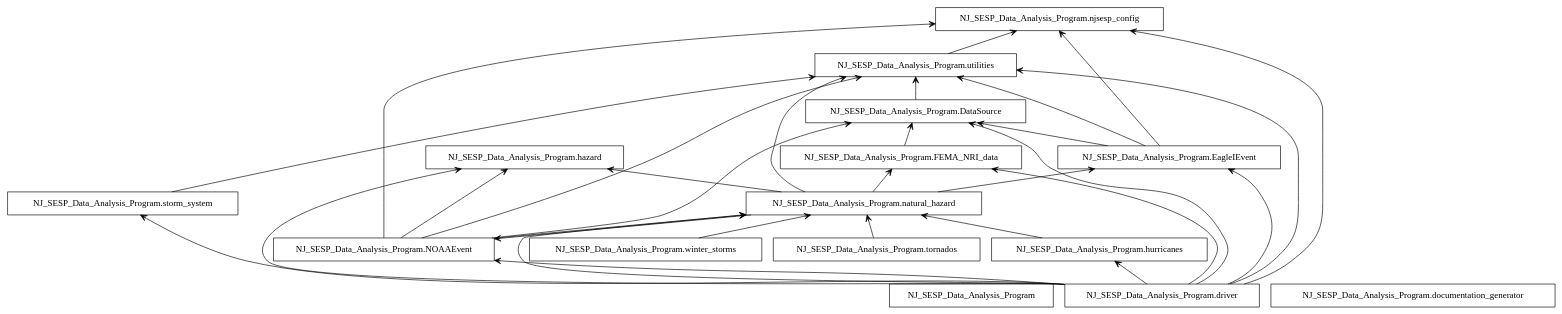
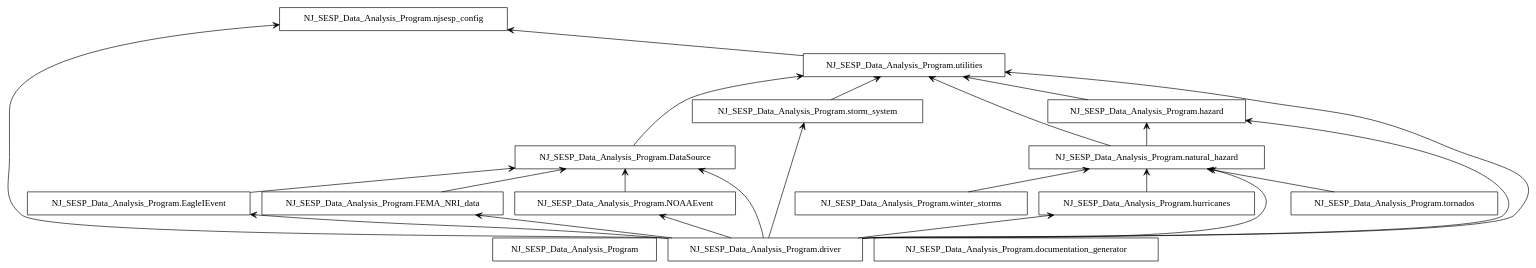
Before and after one commit to laureneckert/NJ_SESP_Data_Analysis_Program: the diagram in documentation/packages_NJSESP.dot, drawn with Graphviz. The commit also changed 11 other files, not shown here.

```diff
--- a/documentation/packages_NJSESP.dot
+++ b/documentation/packages_NJSESP.dot
@@ -1,49 +1,41 @@
 digraph "packages_NJSESP" {
 rankdir=BT
 charset="utf-8"
 "NJ_SESP_Data_Analysis_Program" [color="black", label=<NJ_SESP_Data_Analysis_Program>, shape="box", style="solid"];
 "NJ_SESP_Data_Analysis_Program.DataSource" [color="black", label=<NJ_SESP_Data_Analysis_Program.DataSource>, shape="box", style="solid"];
 "NJ_SESP_Data_Analysis_Program.EagleIEvent" [color="black", label=<NJ_SESP_Data_Analysis_Program.EagleIEvent>, shape="box", style="solid"];
 "NJ_SESP_Data_Analysis_Program.FEMA_NRI_data" [color="black", label=<NJ_SESP_Data_Analysis_Program.FEMA_NRI_data>, shape="box", style="solid"];
 "NJ_SESP_Data_Analysis_Program.NOAAEvent" [color="black", label=<NJ_SESP_Data_Analysis_Program.NOAAEvent>, shape="box", style="solid"];
 "NJ_SESP_Data_Analysis_Program.documentation_generator" [color="black", label=<NJ_SESP_Data_Analysis_Program.documentation_generator>, shape="box", style="solid"];
 "NJ_SESP_Data_Analysis_Program.driver" [color="black", label=<NJ_SESP_Data_Analysis_Program.driver>, shape="box", style="solid"];
 "NJ_SESP_Data_Analysis_Program.hazard" [color="black", label=<NJ_SESP_Data_Analysis_Program.hazard>, shape="box", style="solid"];
 "NJ_SESP_Data_Analysis_Program.hurricanes" [color="black", label=<NJ_SESP_Data_Analysis_Program.hurricanes>, shape="box", style="solid"];
 "NJ_SESP_Data_Analysis_Program.natural_hazard" [color="black", label=<NJ_SESP_Data_Analysis_Program.natural_hazard>, shape="box", style="solid"];
 "NJ_SESP_Data_Analysis_Program.njsesp_config" [color="black", label=<NJ_SESP_Data_Analysis_Program.njsesp_config>, shape="box", style="solid"];
 "NJ_SESP_Data_Analysis_Program.storm_system" [color="black", label=<NJ_SESP_Data_Analysis_Program.storm_system>, shape="box", style="solid"];
 "NJ_SESP_Data_Analysis_Program.tornados" [color="black", label=<NJ_SESP_Data_Analysis_Program.tornados>, shape="box", style="solid"];
 "NJ_SESP_Data_Analysis_Program.utilities" [color="black", label=<NJ_SESP_Data_Analysis_Program.utilities>, shape="box", style="solid"];
 "NJ_SESP_Data_Analysis_Program.winter_storms" [color="black", label=<NJ_SESP_Data_Analysis_Program.winter_storms>, shape="box", style="solid"];
 "NJ_SESP_Data_Analysis_Program.DataSource" -> "NJ_SESP_Data_Analysis_Program.utilities" [arrowhead="open", arrowtail="none"];
 "NJ_SESP_Data_Analysis_Program.EagleIEvent" -> "NJ_SESP_Data_Analysis_Program.DataSource" [arrowhead="open", arrowtail="none"];
-"NJ_SESP_Data_Analysis_Program.EagleIEvent" -> "NJ_SESP_Data_Analysis_Program.njsesp_config" [arrowhead="open", arrowtail="none"];
-"NJ_SESP_Data_Analysis_Program.EagleIEvent" -> "NJ_SESP_Data_Analysis_Program.utilities" [arrowhead="open", arrowtail="none"];
 "NJ_SESP_Data_Analysis_Program.FEMA_NRI_data" -> "NJ_SESP_Data_Analysis_Program.DataSource" [arrowhead="open", arrowtail="none"];
 "NJ_SESP_Data_Analysis_Program.NOAAEvent" -> "NJ_SESP_Data_Analysis_Program.DataSource" [arrowhead="open", arrowtail="none"];
-"NJ_SESP_Data_Analysis_Program.NOAAEvent" -> "NJ_SESP_Data_Analysis_Program.hazard" [arrowhead="open", arrowtail="none"];
-"NJ_SESP_Data_Analysis_Program.NOAAEvent" -> "NJ_SESP_Data_Analysis_Program.natural_hazard" [arrowhead="open", arrowtail="none"];
-"NJ_SESP_Data_Analysis_Program.NOAAEvent" -> "NJ_SESP_Data_Analysis_Program.njsesp_config" [arrowhead="open", arrowtail="none"];
-"NJ_SESP_Data_Analysis_Program.NOAAEvent" -> "NJ_SESP_Data_Analysis_Program.utilities" [arrowhead="open", arrowtail="none"];
 "NJ_SESP_Data_Analysis_Program.driver" -> "NJ_SESP_Data_Analysis_Program.DataSource" [arrowhead="open", arrowtail="none"];
 "NJ_SESP_Data_Analysis_Program.driver" -> "NJ_SESP_Data_Analysis_Program.EagleIEvent" [arrowhead="open", arrowtail="none"];
 "NJ_SESP_Data_Analysis_Program.driver" -> "NJ_SESP_Data_Analysis_Program.FEMA_NRI_data" [arrowhead="open", arrowtail="none"];
 "NJ_SESP_Data_Analysis_Program.driver" -> "NJ_SESP_Data_Analysis_Program.NOAAEvent" [arrowhead="open", arrowtail="none"];
 "NJ_SESP_Data_Analysis_Program.driver" -> "NJ_SESP_Data_Analysis_Program.hazard" [arrowhead="open", arrowtail="none"];
 "NJ_SESP_Data_Analysis_Program.driver" -> "NJ_SESP_Data_Analysis_Program.hurricanes" [arrowhead="open", arrowtail="none"];
 "NJ_SESP_Data_Analysis_Program.driver" -> "NJ_SESP_Data_Analysis_Program.natural_hazard" [arrowhead="open", arrowtail="none"];
 "NJ_SESP_Data_Analysis_Program.driver" -> "NJ_SESP_Data_Analysis_Program.njsesp_config" [arrowhead="open", arrowtail="none"];
 "NJ_SESP_Data_Analysis_Program.driver" -> "NJ_SESP_Data_Analysis_Program.storm_system" [arrowhead="open", arrowtail="none"];
 "NJ_SESP_Data_Analysis_Program.driver" -> "NJ_SESP_Data_Analysis_Program.utilities" [arrowhead="open", arrowtail="none"];
+"NJ_SESP_Data_Analysis_Program.hazard" -> "NJ_SESP_Data_Analysis_Program.utilities" [arrowhead="open", arrowtail="none"];
 "NJ_SESP_Data_Analysis_Program.hurricanes" -> "NJ_SESP_Data_Analysis_Program.natural_hazard" [arrowhead="open", arrowtail="none"];
-"NJ_SESP_Data_Analysis_Program.natural_hazard" -> "NJ_SESP_Data_Analysis_Program.EagleIEvent" [arrowhead="open", arrowtail="none"];
-"NJ_SESP_Data_Analysis_Program.natural_hazard" -> "NJ_SESP_Data_Analysis_Program.FEMA_NRI_data" [arrowhead="open", arrowtail="none"];
-"NJ_SESP_Data_Analysis_Program.natural_hazard" -> "NJ_SESP_Data_Analysis_Program.NOAAEvent" [arrowhead="open", arrowtail="none"];
 "NJ_SESP_Data_Analysis_Program.natural_hazard" -> "NJ_SESP_Data_Analysis_Program.hazard" [arrowhead="open", arrowtail="none"];
 "NJ_SESP_Data_Analysis_Program.natural_hazard" -> "NJ_SESP_Data_Analysis_Program.utilities" [arrowhead="open", arrowtail="none"];
 "NJ_SESP_Data_Analysis_Program.storm_system" -> "NJ_SESP_Data_Analysis_Program.utilities" [arrowhead="open", arrowtail="none"];
 "NJ_SESP_Data_Analysis_Program.tornados" -> "NJ_SESP_Data_Analysis_Program.natural_hazard" [arrowhead="open", arrowtail="none"];
 "NJ_SESP_Data_Analysis_Program.utilities" -> "NJ_SESP_Data_Analysis_Program.njsesp_config" [arrowhead="open", arrowtail="none"];
 "NJ_SESP_Data_Analysis_Program.winter_storms" -> "NJ_SESP_Data_Analysis_Program.natural_hazard" [arrowhead="open", arrowtail="none"];
 }
```
